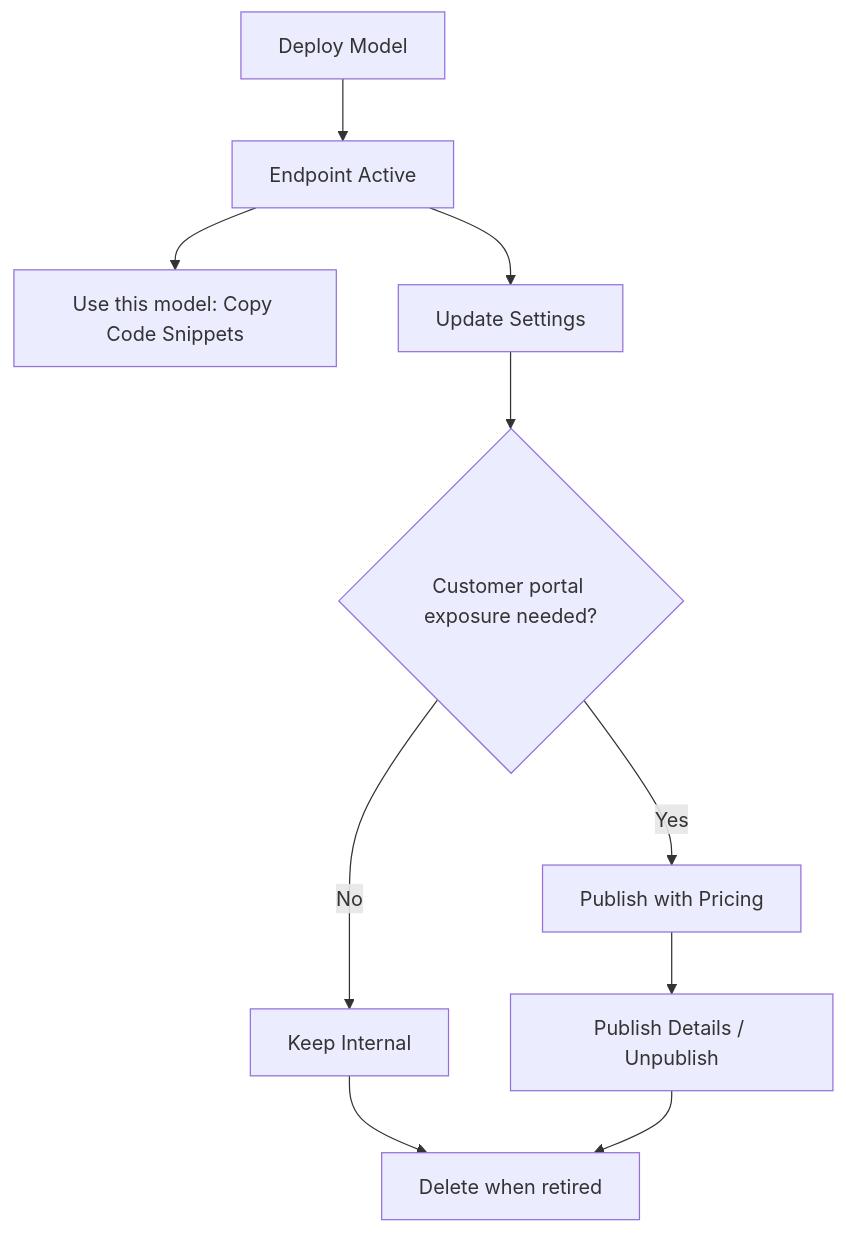
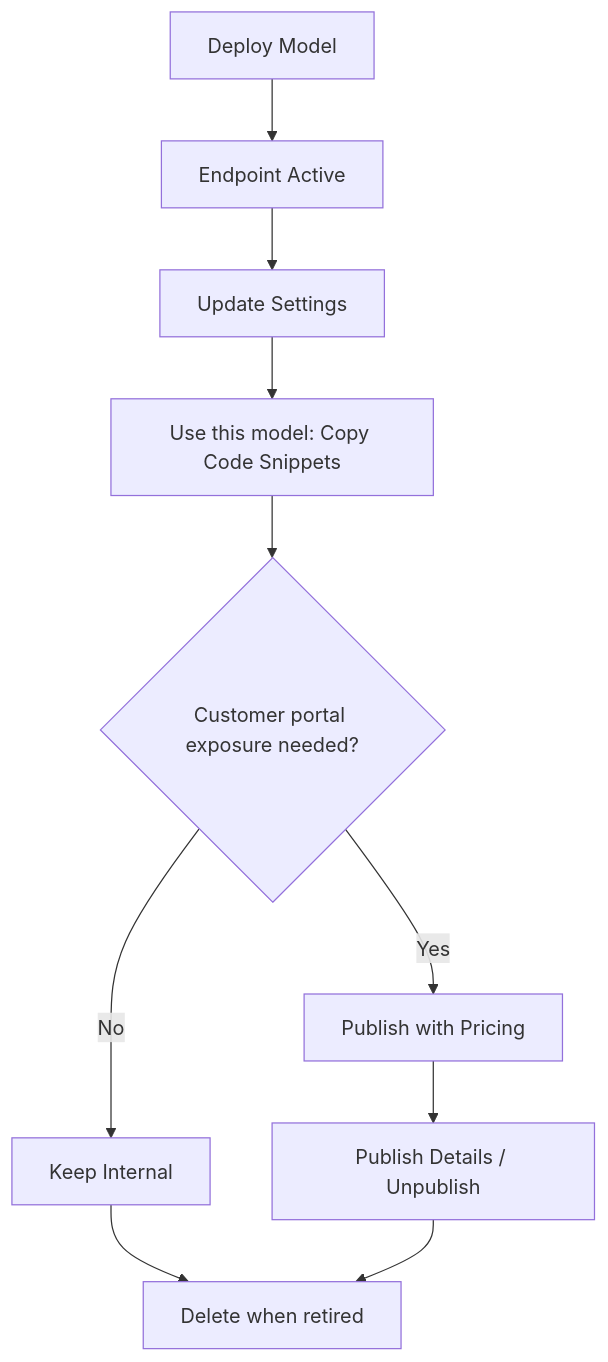
One commit to BudEcosystem/bud-runtime changed the diagram in docs/deployments/reference/deployment-actions-reference.mdx. Above: the diagram before and after it, drawn with Mermaid. The commit also changed other lines of this file, not shown here.

Commit message:
Reorder deployment actions in flowchart and table

````diff
--- a/docs/deployments/reference/deployment-actions-reference.mdx
+++ b/docs/deployments/reference/deployment-actions-reference.mdx
@@ -12,12 +12,12 @@
 ```mermaid
 flowchart TD
     A[Deploy Model] --> B[Endpoint Active]
-    B --> C[Use this model: Copy Code Snippets]
-    B --> D[Update Settings]
+    B --> C[Update Settings]
+    C --> D[Use this model: Copy Code Snippets]
     D --> E{Customer portal exposure needed?}
     E -->|Yes| F[Publish with Pricing]
     E -->|No| G[Keep Internal]
     F --> H[Publish Details / Unpublish]
     G --> I[Delete when retired]
     H --> I
 ```
````
